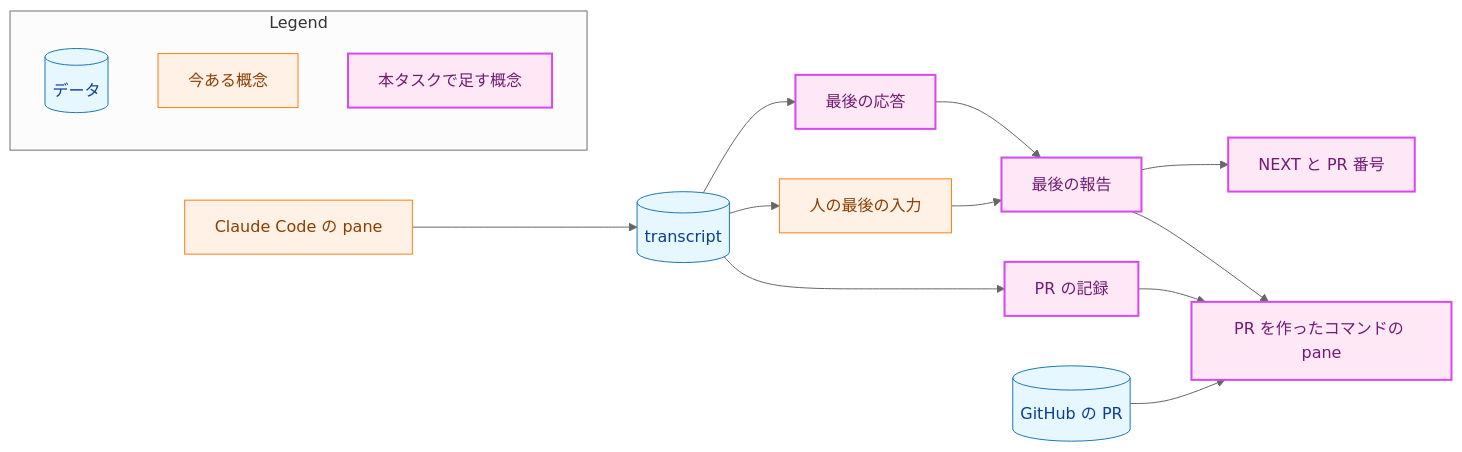
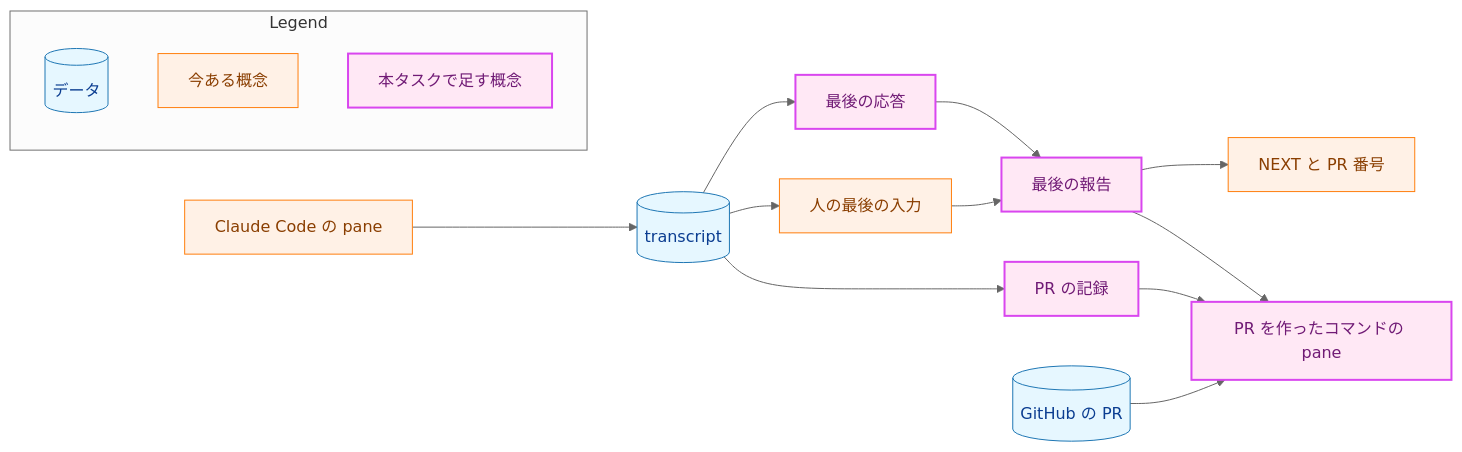
The first of 8 diagrams in docs/tasks/0095_chief_transcript_report/02_architecture.md (isseis/yt2column), drawn with Mermaid (neutral theme) before and after one commit. The commit also changed other lines of this file and 2 other files, not shown here.

````diff
--- a/docs/tasks/0095_chief_transcript_report/02_architecture.md
+++ b/docs/tasks/0095_chief_transcript_report/02_architecture.md
@@ -61,40 +89,40 @@
 ```mermaid
 flowchart LR
     classDef data fill:#e6f7ff,stroke:#1f77b4,stroke-width:1px,color:#0b3d91;
     classDef process fill:#fff1e6,stroke:#ff7f0e,stroke-width:1px,color:#8a3e00;
     classDef newpkg fill:#ffe8f5,stroke:#d946ef,stroke-width:2px,color:#701a75;
 
     AGENT["Claude Code の pane"]
     TR[("transcript")]
     LAST["最後の応答"]
     REPORT["最後の報告"]
     HUMAN["人の最後の入力"]
     LINK["PR の記録"]
     NEXT["NEXT と PR 番号"]
     PR[("GitHub の PR")]
     MAKER["PR を作ったコマンドの pane"]
 
     AGENT --> TR
     TR --> LAST
     TR --> HUMAN
     TR --> LINK
     LAST --> REPORT
     HUMAN --> REPORT
     REPORT --> NEXT
     LINK --> MAKER
     PR --> MAKER
     REPORT --> MAKER
 
     class TR,PR data
-    class AGENT,HUMAN process
-    class LAST,REPORT,LINK,NEXT,MAKER newpkg
+    class AGENT,HUMAN,NEXT process
+    class LAST,REPORT,LINK,MAKER newpkg
 
     subgraph Legend["Legend"]
         L1[("データ")]
         L2["今ある概念"]
         L3["本タスクで足す概念"]
     end
     class L1 data
     class L2 process
     class L3 newpkg
 ```
````
